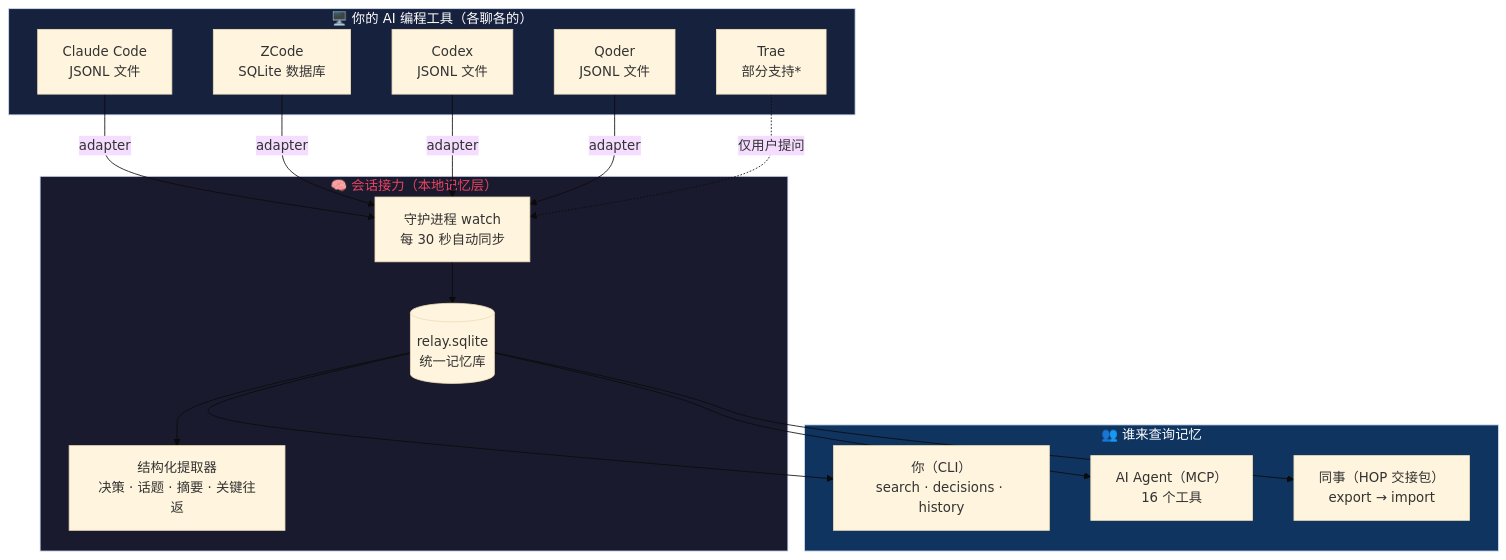
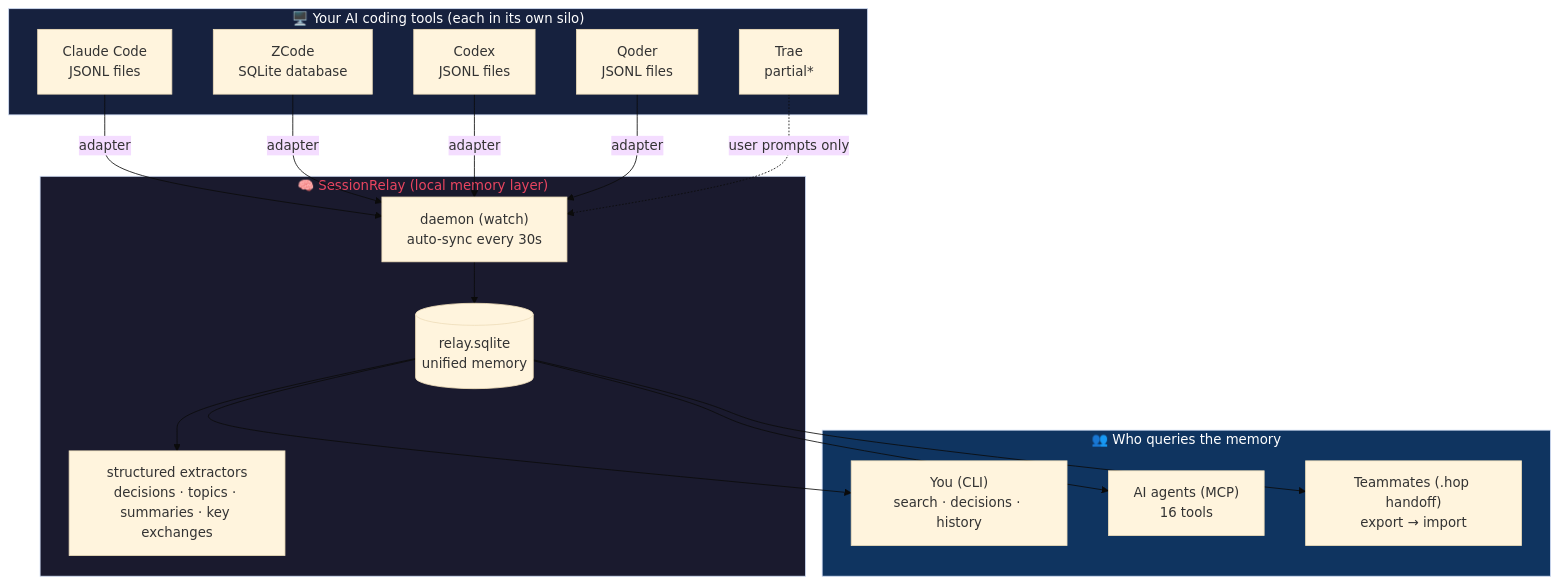
The first of 3 diagrams in README.md (EwanJasper/SessionRelay), drawn with Mermaid (base theme) before and after one commit. The commit also changed other lines of this file and 5 other files, not shown here.

````diff
--- a/README.md
+++ b/README.md
@@ -54,37 +55,37 @@
 ```mermaid
 graph TB
-    subgraph Sources["🖥️ 你的 AI 编程工具（各聊各的）"]
-        CC["Claude Code<br/>JSONL 文件"]
-        ZC["ZCode<br/>SQLite 数据库"]
-        CX["Codex<br/>JSONL 文件"]
-        QD["Qoder<br/>JSONL 文件"]
-        TR["Trae<br/>部分支持*"]
+    subgraph Sources["🖥️ Your AI coding tools (each in its own silo)"]
+        CC["Claude Code<br/>JSONL files"]
+        ZC["ZCode<br/>SQLite database"]
+        CX["Codex<br/>JSONL files"]
+        QD["Qoder<br/>JSONL files"]
+        TR["Trae<br/>partial*"]
     end
 
-    subgraph Relay["🧠 会话接力（本地记忆层）"]
-        DAEMON["守护进程 watch<br/>每 30 秒自动同步"]
-        DB[("relay.sqlite<br/>统一记忆库")]
-        EXTRACT["结构化提取器<br/>决策 · 话题 · 摘要 · 关键往返"]
+    subgraph Relay["🧠 SessionRelay (local memory layer)"]
+        DAEMON["daemon (watch)<br/>auto-sync every 30s"]
+        DB[("relay.sqlite<br/>unified memory")]
+        EXTRACT["structured extractors<br/>decisions · topics · summaries · key exchanges"]
     end
 
-    subgraph Consumers["👥 谁来查询记忆"]
-        YOU["你（CLI）<br/>search · decisions · history"]
-        AGENT["AI Agent（MCP）<br/>16 个工具"]
-        TEAM["同事（HOP 交接包）<br/>export → import"]
+    subgraph Consumers["👥 Who queries the memory"]
+        YOU["You (CLI)<br/>search · decisions · history"]
+        AGENT["AI agents (MCP)<br/>16 tools"]
+        TEAM["Teammates (.hop handoff)<br/>export → import"]
     end
 
     CC -->|adapter| DAEMON
     ZC -->|adapter| DAEMON
     CX -->|adapter| DAEMON
     QD -->|adapter| DAEMON
-    TR -.->|仅用户提问| DAEMON
+    TR -.->|user prompts only| DAEMON
     DAEMON --> DB
     DB --> EXTRACT
     DB --> YOU
     DB --> AGENT
     DB --> TEAM
 
     style Relay fill:#1a1a2e,color:#e94560
     style Sources fill:#16213e,color:#fff
     style Consumers fill:#0f3460,color:#fff
 ```
````
